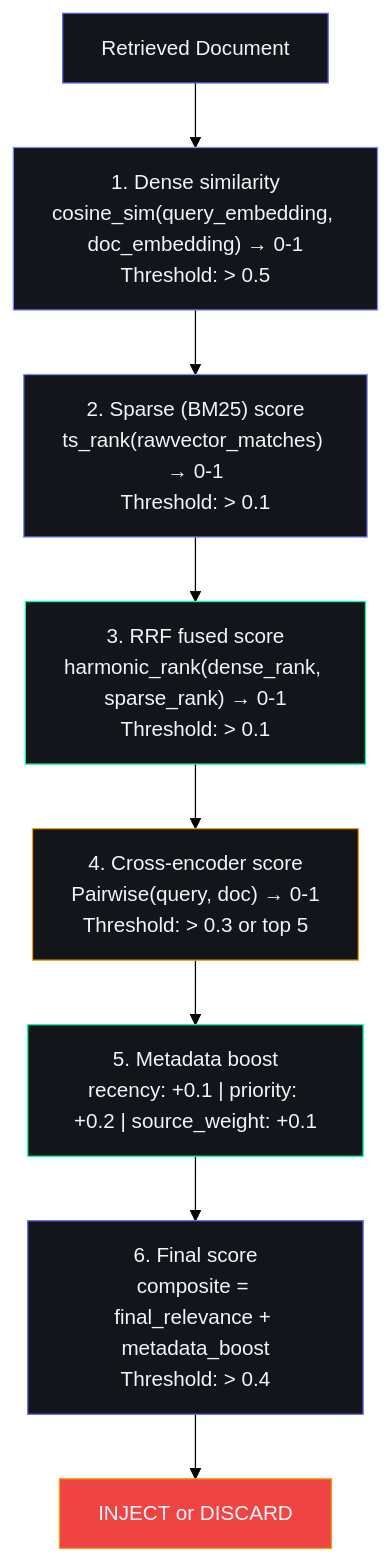
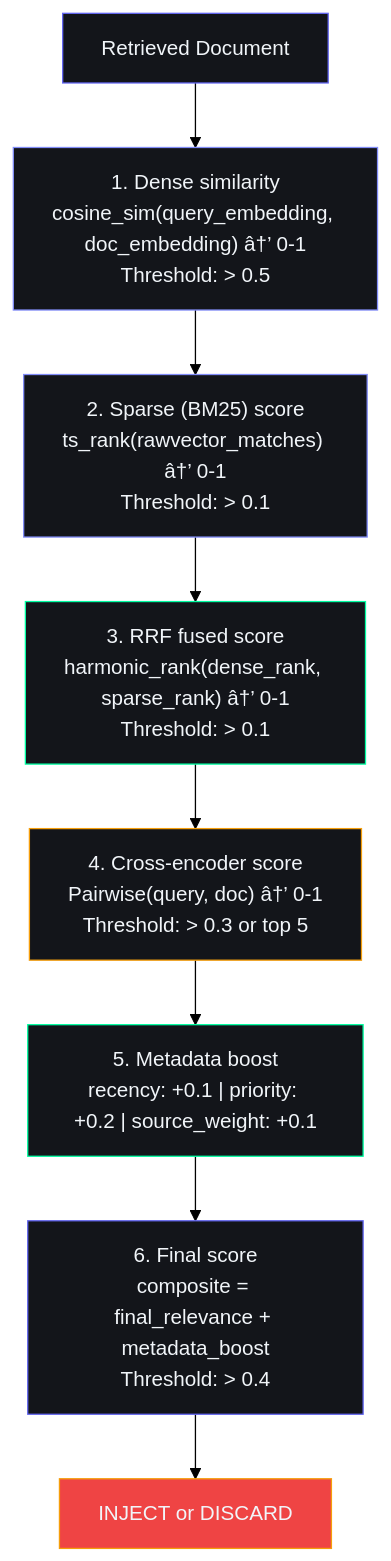
Before and after one commit to rohitkumarnaidu/ARIA-OS---SecondBrain-: the fourth of 5 diagrams in docs/ai/RAGArchitecture.md, drawn with Mermaid (forest theme). The commit also changed other lines of this file and 9 other files, not shown here.

````diff
--- a/docs/ai/RAGArchitecture.md
+++ b/docs/ai/RAGArchitecture.md
@@ -1017,28 +1017,28 @@
 ```mermaid
 graph TD
     Retrieved["Retrieved Document"]
-    Dense["1. Dense similarity<br/>cosine_sim(query_embedding, doc_embedding) → 0-1<br/>Threshold: > 0.5"]
-    Sparse["2. Sparse (BM25) score<br/>ts_rank(rawvector_matches) → 0-1<br/>Threshold: > 0.1"]
-    RRF["3. RRF fused score<br/>harmonic_rank(dense_rank, sparse_rank) → 0-1<br/>Threshold: > 0.1"]
-    CrossEnc["4. Cross-encoder score<br/>Pairwise(query, doc) → 0-1<br/>Threshold: > 0.3 or top 5"]
+    Dense["1. Dense similarity<br/>cosine_sim(query_embedding, doc_embedding) â†’ 0-1<br/>Threshold: > 0.5"]
+    Sparse["2. Sparse (BM25) score<br/>ts_rank(rawvector_matches) â†’ 0-1<br/>Threshold: > 0.1"]
+    RRF["3. RRF fused score<br/>harmonic_rank(dense_rank, sparse_rank) â†’ 0-1<br/>Threshold: > 0.1"]
+    CrossEnc["4. Cross-encoder score<br/>Pairwise(query, doc) â†’ 0-1<br/>Threshold: > 0.3 or top 5"]
     MetaBoost["5. Metadata boost<br/>recency: +0.1 | priority: +0.2 | source_weight: +0.1"]
     Final["6. Final score<br/>composite = final_relevance + metadata_boost<br/>Threshold: > 0.4"]
     Decision["INJECT or DISCARD"]
 
     Retrieved --> Dense
     Dense --> Sparse
     Sparse --> RRF
     RRF --> CrossEnc
     CrossEnc --> MetaBoost
     MetaBoost --> Final
     Final --> Decision
 
     style Retrieved fill:#13151A,stroke:#6366F1,color:#F1F5F9
     style Dense fill:#13151A,stroke:#818CF8,color:#F1F5F9
     style Sparse fill:#13151A,stroke:#818CF8,color:#F1F5F9
     style RRF fill:#13151A,stroke:#00FFA3,color:#F1F5F9
     style CrossEnc fill:#13151A,stroke:#F59E0B,color:#F1F5F9
     style MetaBoost fill:#13151A,stroke:#00FFA3,color:#F1F5F9
     style Final fill:#13151A,stroke:#6366F1,color:#F1F5F9
     style Decision fill:#EF4444,stroke:#F59E0B,color:#F1F5F9
 ```
````
